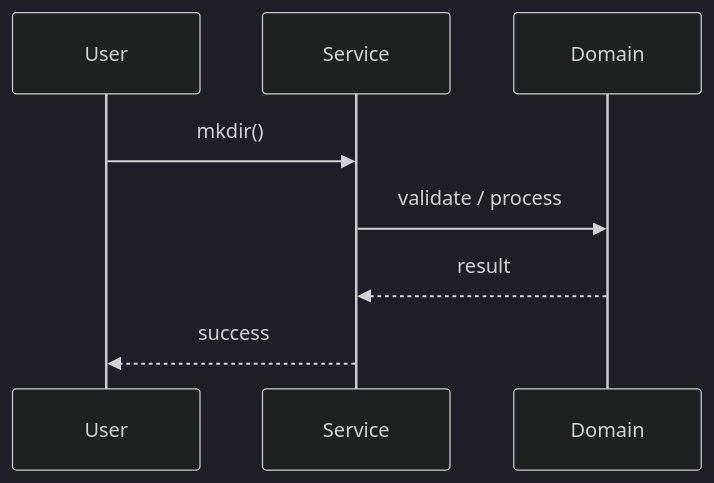
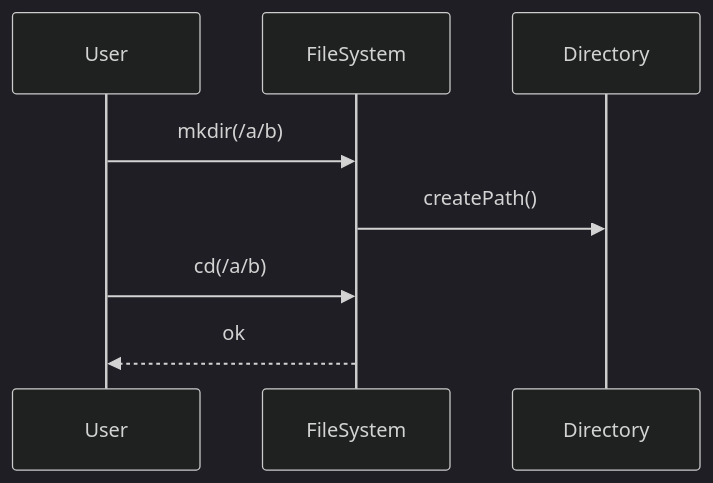
The second of 3 diagrams in Learn/System Design - Low Level Design/02-classic-ood/questions/Q17-in-memory-file-system.md (madhupaila/Interview-Prep-SSE), drawn with Mermaid (dark theme) before and after one commit. The commit also changed other lines of this file and 491 other files, not shown here.

````diff
--- a/Learn/System Design - Low Level Design/02-classic-ood/questions/Q17-in-memory-file-system.md
+++ b/Learn/System Design - Low Level Design/02-classic-ood/questions/Q17-in-memory-file-system.md
@@ -121,10 +149,10 @@
 ```mermaid
 sequenceDiagram
-    participant U as User
-    participant S as Service
-    participant D as Domain
-    U->>S: mkdir()
-    S->>D: validate / process
-    D-->>S: result
-    S-->>U: success
+participant U as User
+participant FS as FileSystem
+participant D as Directory
+U->>FS: mkdir(/a/b)
+FS->>D: createPath()
+U->>FS: cd(/a/b)
+FS-->>U: ok
 ```
````
